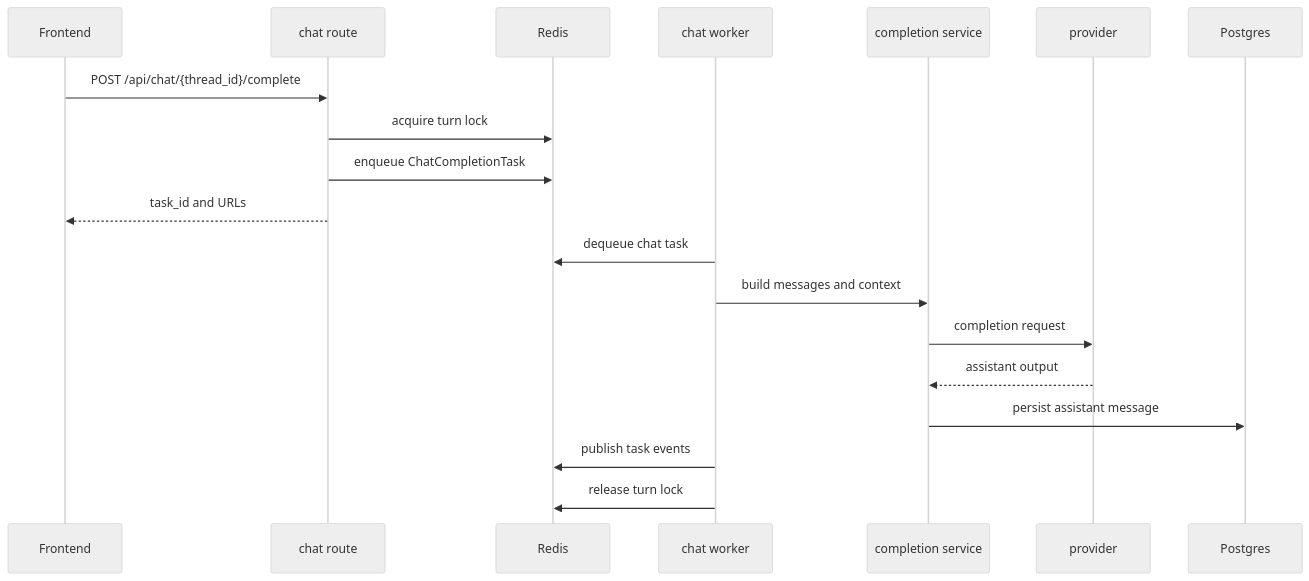
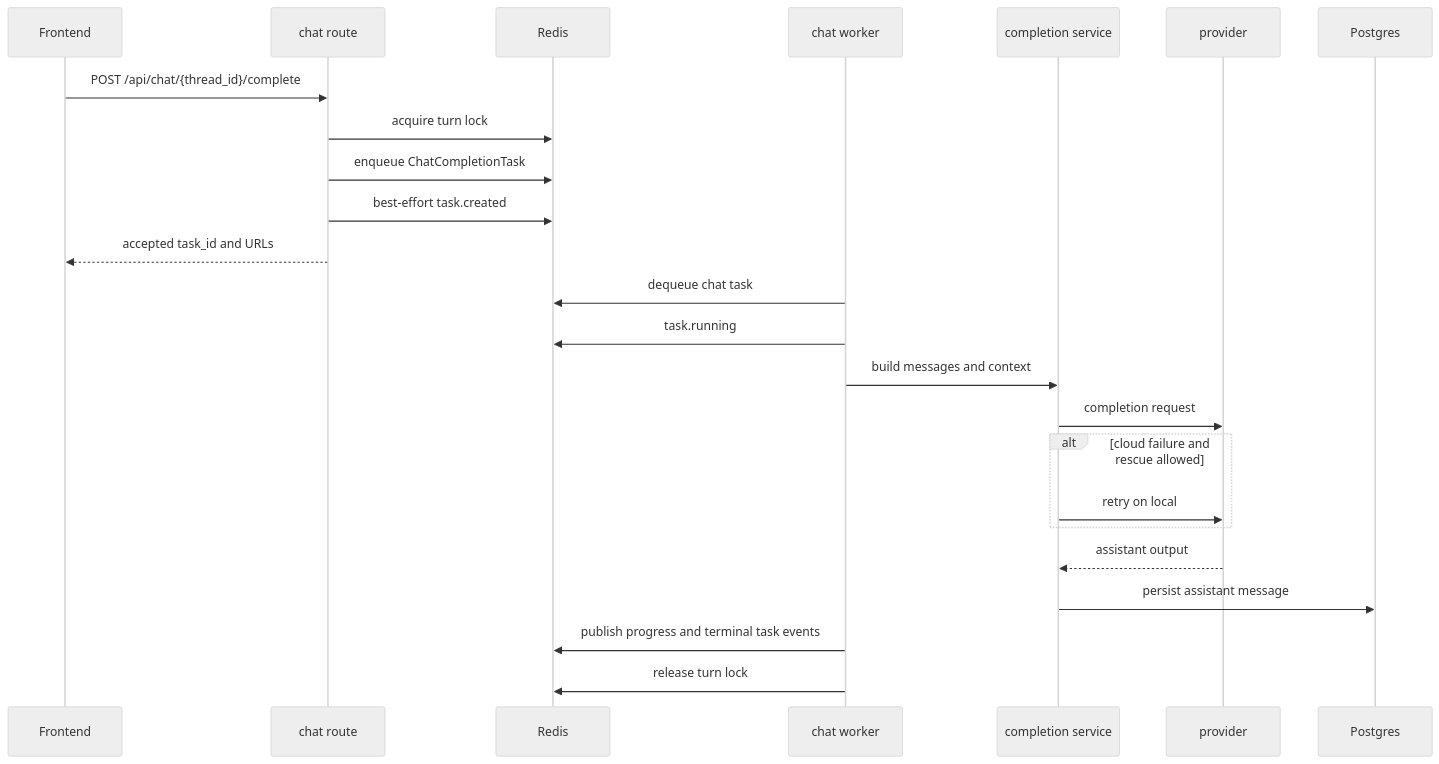
Before and after one commit to Resonant-Jones/Codexify: the first of 4 diagrams in docs/architecture/flows.md, drawn with Mermaid (neutral theme). The commit also changed other lines of this file and 5 other files, not shown here.

Commit message:
Align Redis chat reliability docs with implementation

````diff
--- a/docs/architecture/flows.md
+++ b/docs/architecture/flows.md
@@ -52,22 +67,27 @@
 ```mermaid
 sequenceDiagram
     participant UI as Frontend
     participant ChatAPI as chat route
     participant Redis as Redis
     participant Worker as chat worker
     participant Service as completion service
     participant LLM as provider
     participant PG as Postgres
 
     UI->>ChatAPI: POST /api/chat/{thread_id}/complete
     ChatAPI->>Redis: acquire turn lock
     ChatAPI->>Redis: enqueue ChatCompletionTask
-    ChatAPI-->>UI: task_id and URLs
+    ChatAPI->>Redis: best-effort task.created
+    ChatAPI-->>UI: accepted task_id and URLs
     Worker->>Redis: dequeue chat task
+    Worker->>Redis: task.running
     Worker->>Service: build messages and context
     Service->>LLM: completion request
+    alt cloud failure and rescue allowed
+        Service->>LLM: retry on local
+    end
     LLM-->>Service: assistant output
     Service->>PG: persist assistant message
-    Worker->>Redis: publish task events
+    Worker->>Redis: publish progress and terminal task events
     Worker->>Redis: release turn lock
 ```
````
